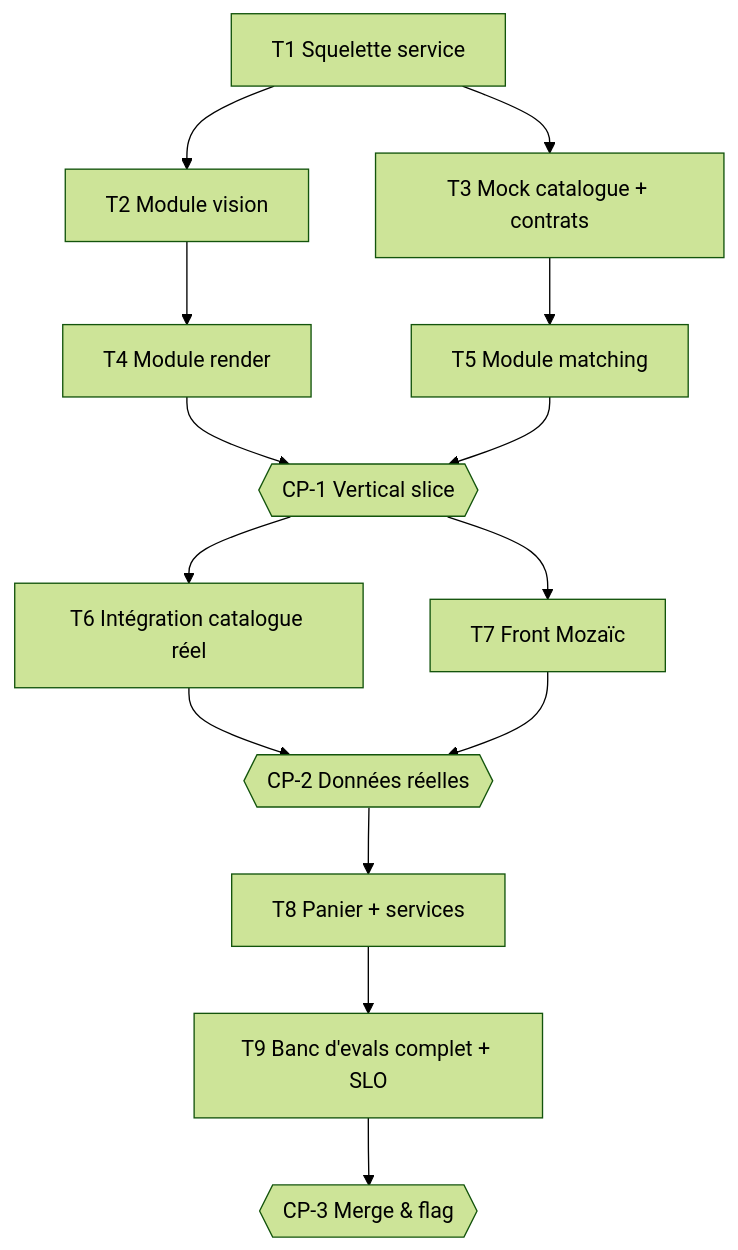
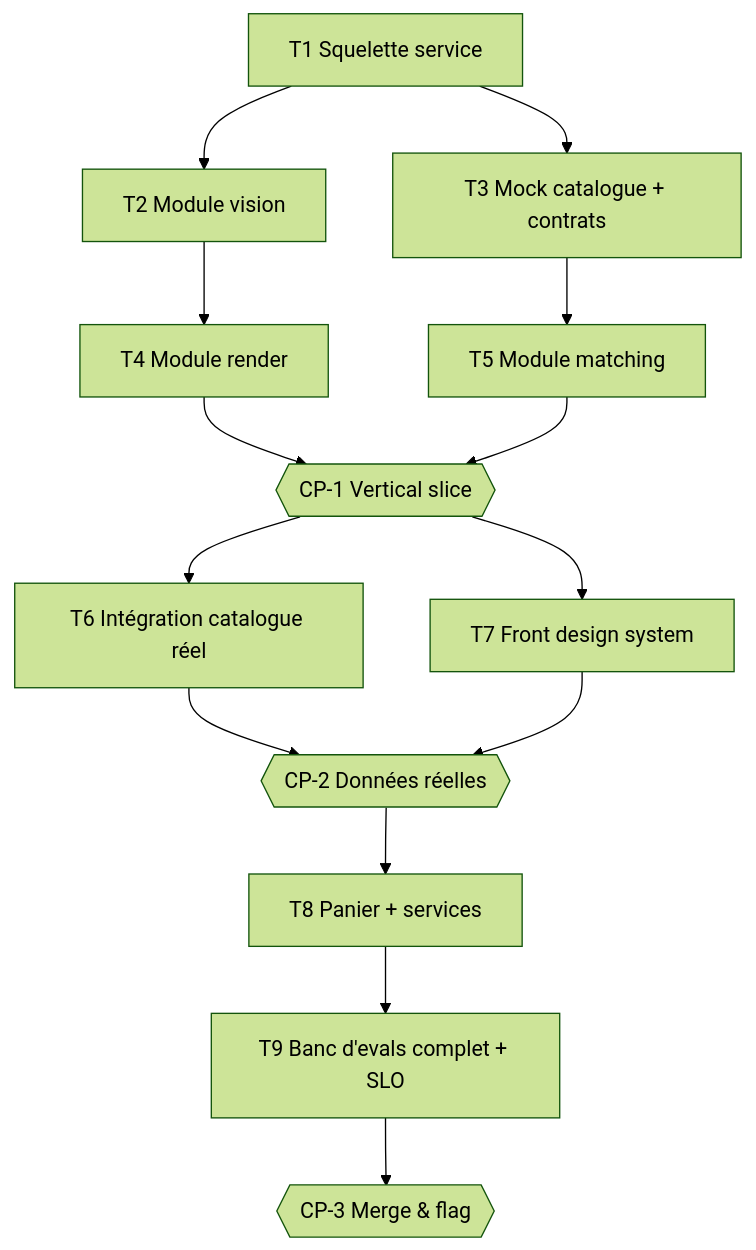
The diagram in examples/agent-douche/tasks.md (antoinelef23/Claudo), drawn with Mermaid (forest theme) before and after one commit. The commit also changed other lines of this file and 39 other files, not shown here.

````diff
--- a/examples/agent-douche/tasks.md
+++ b/examples/agent-douche/tasks.md
@@ -18,16 +18,16 @@
 ```mermaid
 flowchart TD
-    T1[T1 Squelette service] --> T2[T2 Module vision]
-    T1 --> T3[T3 Mock catalogue + contrats]
-    T2 --> T4[T4 Module render]
-    T3 --> T5[T5 Module matching]
-    T4 --> CP1{{CP-1 Vertical slice}}
-    T5 --> CP1
-    CP1 --> T6[T6 Intégration catalogue réel]
-    CP1 --> T7[T7 Front Mozaïc]
-    T6 --> CP2{{CP-2 Données réelles}}
-    T7 --> CP2
-    CP2 --> T8[T8 Panier + services]
-    T8 --> T9[T9 Banc d'evals complet + SLO]
-    T9 --> CP3{{CP-3 Merge & flag}}
+ T1[T1 Squelette service] --> T2[T2 Module vision]
+ T1 --> T3[T3 Mock catalogue + contrats]
+ T2 --> T4[T4 Module render]
+ T3 --> T5[T5 Module matching]
+ T4 --> CP1{{CP-1 Vertical slice}}
+ T5 --> CP1
+ CP1 --> T6[T6 Intégration catalogue réel]
+ CP1 --> T7[T7 Front design system]
+ T6 --> CP2{{CP-2 Données réelles}}
+ T7 --> CP2
+ CP2 --> T8[T8 Panier + services]
+ T8 --> T9[T9 Banc d'evals complet + SLO]
+ T9 --> CP3{{CP-3 Merge & flag}}
 ```
````
